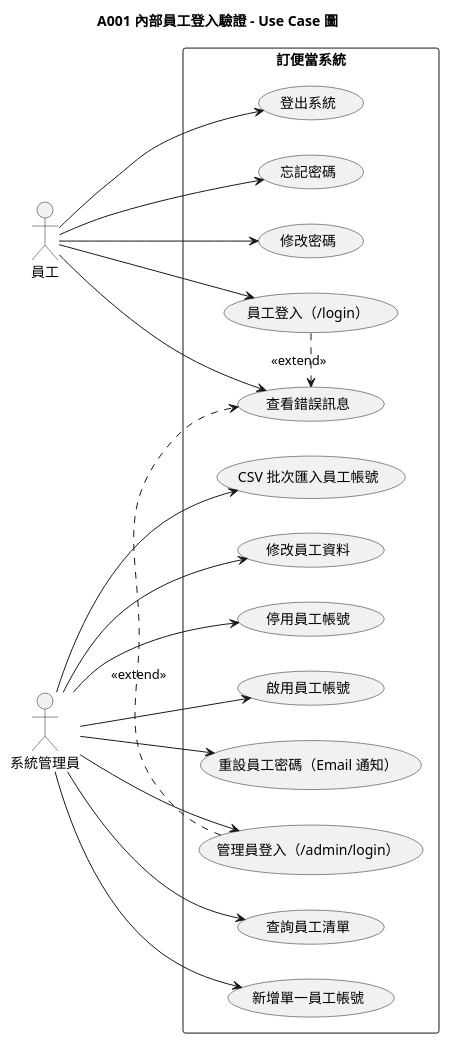
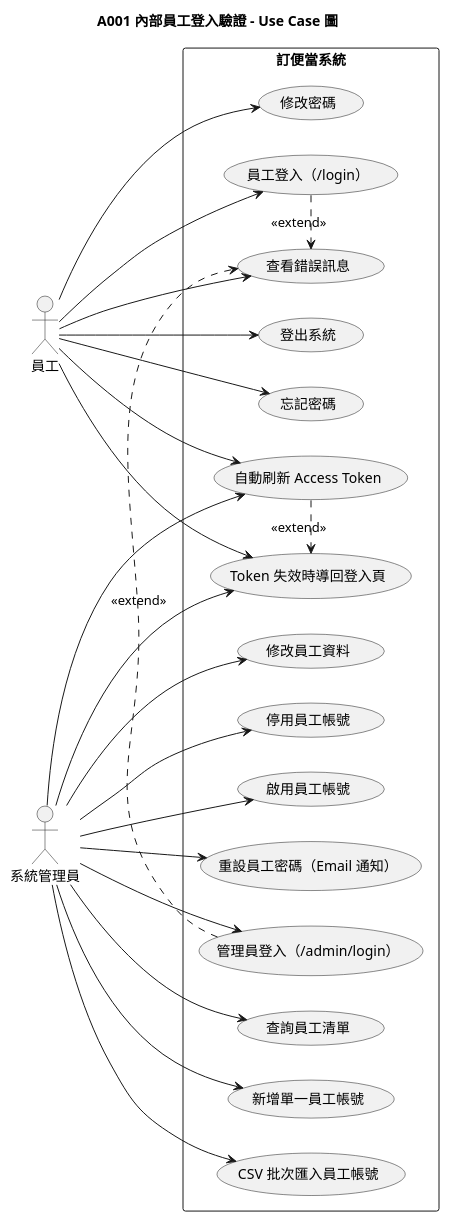
Before and after one commit to teyhawzhe/bento-uml: the diagram in output/A001/A001-usecase.puml, drawn with PlantUML. The commit also changed 15 other files, not shown here.

```diff
--- a/output/A001/A001-usecase.puml
+++ b/output/A001/A001-usecase.puml
@@ -1,43 +1,50 @@
 @startuml A001-usecase
 
 left to right direction
 title A001 內部員工登入驗證 - Use Case 圖
 
 actor 員工
 actor 系統管理員
 
 rectangle 訂便當系統 {
   usecase "員工登入（/login）" as UC1
   usecase "查看錯誤訊息" as UC2
   usecase "登出系統" as UC3
   usecase "忘記密碼" as UC4
   usecase "修改密碼" as UC5
   usecase "管理員登入（/admin/login）" as UC6
   usecase "查詢員工清單" as UC11
   usecase "新增單一員工帳號" as UC7
   usecase "CSV 批次匯入員工帳號" as UC10
   usecase "修改員工資料" as UC13
   usecase "停用員工帳號" as UC8
   usecase "啟用員工帳號" as UC12
   usecase "重設員工密碼（Email 通知）" as UC9
+  usecase "自動刷新 Access Token" as UC14
+  usecase "Token 失效時導回登入頁" as UC15
 }
 
 員工 --> UC1
 員工 --> UC2
 員工 --> UC3
 員工 --> UC4
 員工 --> UC5
+員工 --> UC14
+員工 --> UC15
 
 系統管理員 --> UC6
 系統管理員 --> UC11
 系統管理員 --> UC7
 系統管理員 --> UC10
 系統管理員 --> UC13
 系統管理員 --> UC8
 系統管理員 --> UC12
 系統管理員 --> UC9
+系統管理員 --> UC14
+系統管理員 --> UC15
 
 UC1 .> UC2 : <<extend>>
 UC6 .> UC2 : <<extend>>
+UC14 .> UC15 : <<extend>>
 
 @enduml
```
